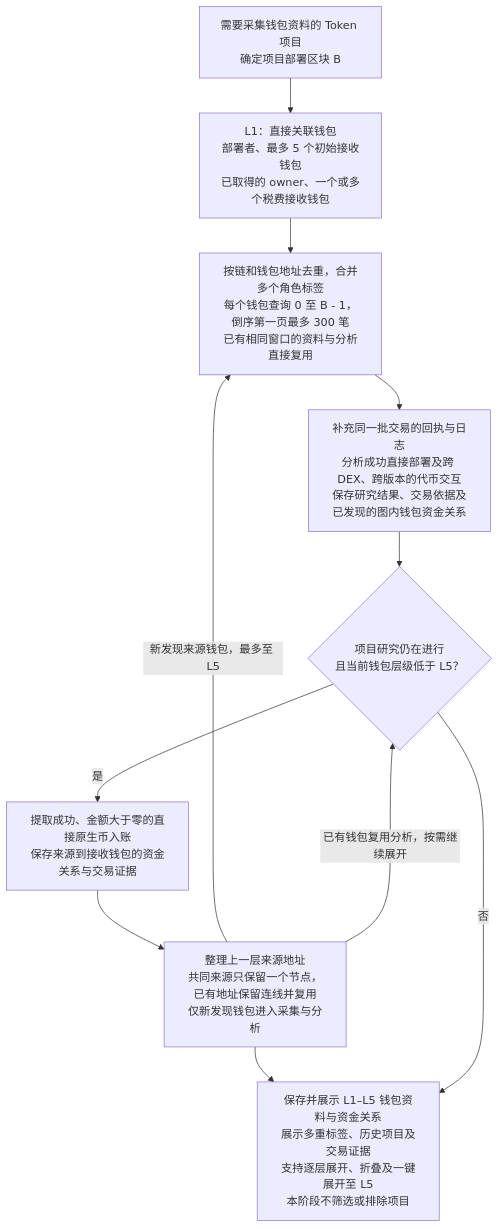
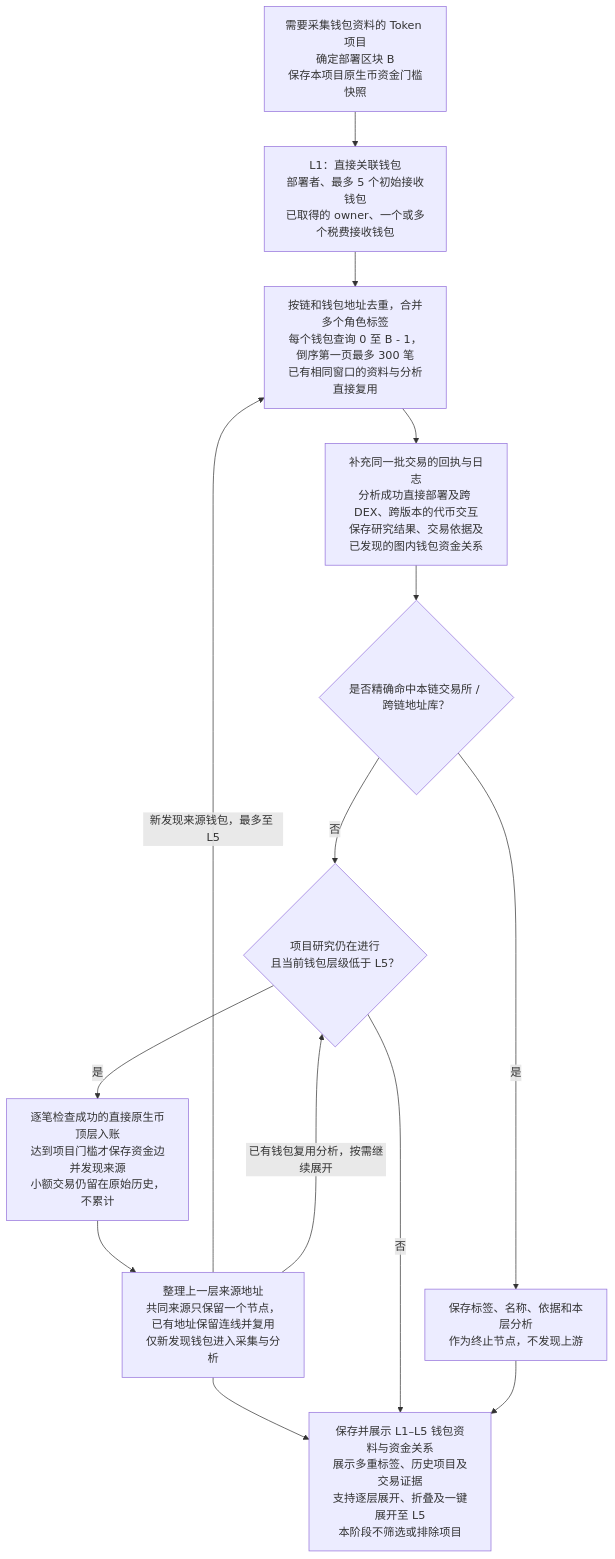
One commit to useryege/athena-o changed the diagram in docs/requirements/token/token-wallet-research-flow.md. Above: the diagram before and after it, drawn with Mermaid. The commit also changed other lines of this file and 69 other files, not shown here.

````diff
--- a/docs/requirements/token/token-wallet-research-flow.md
+++ b/docs/requirements/token/token-wallet-research-flow.md
@@ -29,13 +31,16 @@
 ```mermaid
 flowchart TD
-    A["需要采集钱包资料的 Token 项目<br/>确定项目部署区块 B"] --> B["L1：直接关联钱包<br/>部署者、最多 5 个初始接收钱包<br/>已取得的 owner、一个或多个税费接收钱包"]
+    A["需要采集钱包资料的 Token 项目<br/>确定部署区块 B<br/>保存本项目原生币资金门槛快照"] --> B["L1：直接关联钱包<br/>部署者、最多 5 个初始接收钱包<br/>已取得的 owner、一个或多个税费接收钱包"]
     B --> C["按链和钱包地址去重，合并多个角色标签<br/>每个钱包查询 0 至 B - 1，倒序第一页最多 300 笔<br/>已有相同窗口的资料与分析直接复用"]
     C --> D["补充同一批交易的回执与日志<br/>分析成功直接部署及跨 DEX、跨版本的代币交互<br/>保存研究结果、交易依据及已发现的图内钱包资金关系"]
-    D --> E{"项目研究仍在进行<br/>且当前钱包层级低于 L5？"}
-    E -->|是| F["提取成功、金额大于零的直接原生币入账<br/>保存来源到接收钱包的资金关系与交易证据"]
+    D --> T{"是否精确命中本链交易所 / 跨链地址库？"}
+    T -->|是| TERMINAL["保存标签、名称、依据和本层分析<br/>作为终止节点，不发现上游"]
+    T -->|否| E{"项目研究仍在进行<br/>且当前钱包层级低于 L5？"}
+    E -->|是| F["逐笔检查成功的直接原生币顶层入账<br/>达到项目门槛才保存资金边并发现来源<br/>小额交易仍留在原始历史，不累计"]
     F --> G["整理上一层来源地址<br/>共同来源只保留一个节点，已有地址保留连线并复用<br/>仅新发现钱包进入采集与分析"]
     G -->|新发现来源钱包，最多至 L5| C
     G -->|已有钱包复用分析，按需继续展开| E
     G --> H["保存并展示 L1–L5 钱包资料与资金关系<br/>展示多重标签、历史项目及交易证据<br/>支持逐层展开、折叠及一键展开至 L5<br/>本阶段不筛选或排除项目"]
     E -->|否| H
+    TERMINAL --> H
 ```
````
